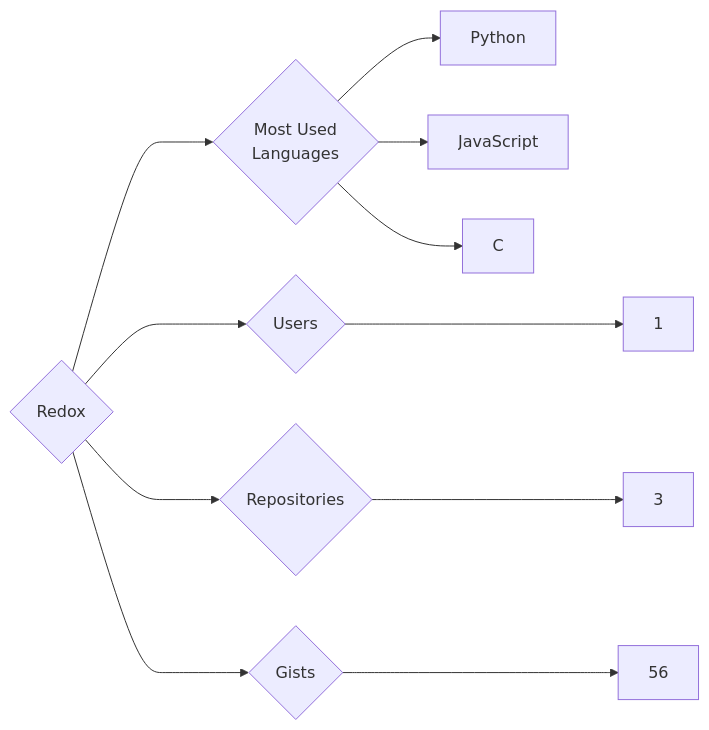
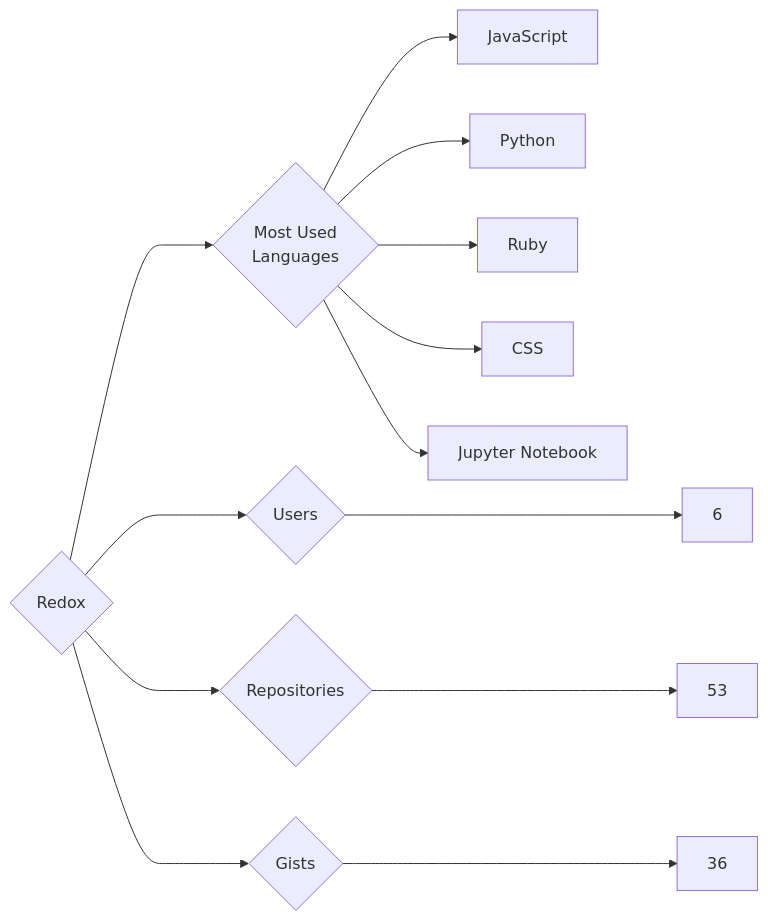
The diagram in targets/Redox/README.md (trickest/insiders), drawn with Mermaid before and after one commit. The commit also changed 976 other files, not shown here.

````diff
--- a/targets/Redox/README.md
+++ b/targets/Redox/README.md
@@ -3,11 +3,13 @@
 ```mermaid
 graph LR
 COMPANY_NAME{Redox}
-COMPANY_NAME ---> U{Users} ---> UN[1]
-COMPANY_NAME ---> R{Repositories} ---> RN[3]
-COMPANY_NAME ---> G{Gists} ---> GN[56]
+COMPANY_NAME ---> U{Users} ---> UN[6]
+COMPANY_NAME ---> R{Repositories} ---> RN[53]
+COMPANY_NAME ---> G{Gists} ---> GN[36]
 COMPANY_NAME ---> ML{Most Used<br>Languages}
+ML --> JavaScript[JavaScript]
 ML --> Python[Python]
-ML --> JavaScript[JavaScript]
-ML --> C[C]
+ML --> Ruby[Ruby]
+ML --> CSS[CSS]
+ML --> Jupyter_Notebook[Jupyter Notebook]
 ```
````
